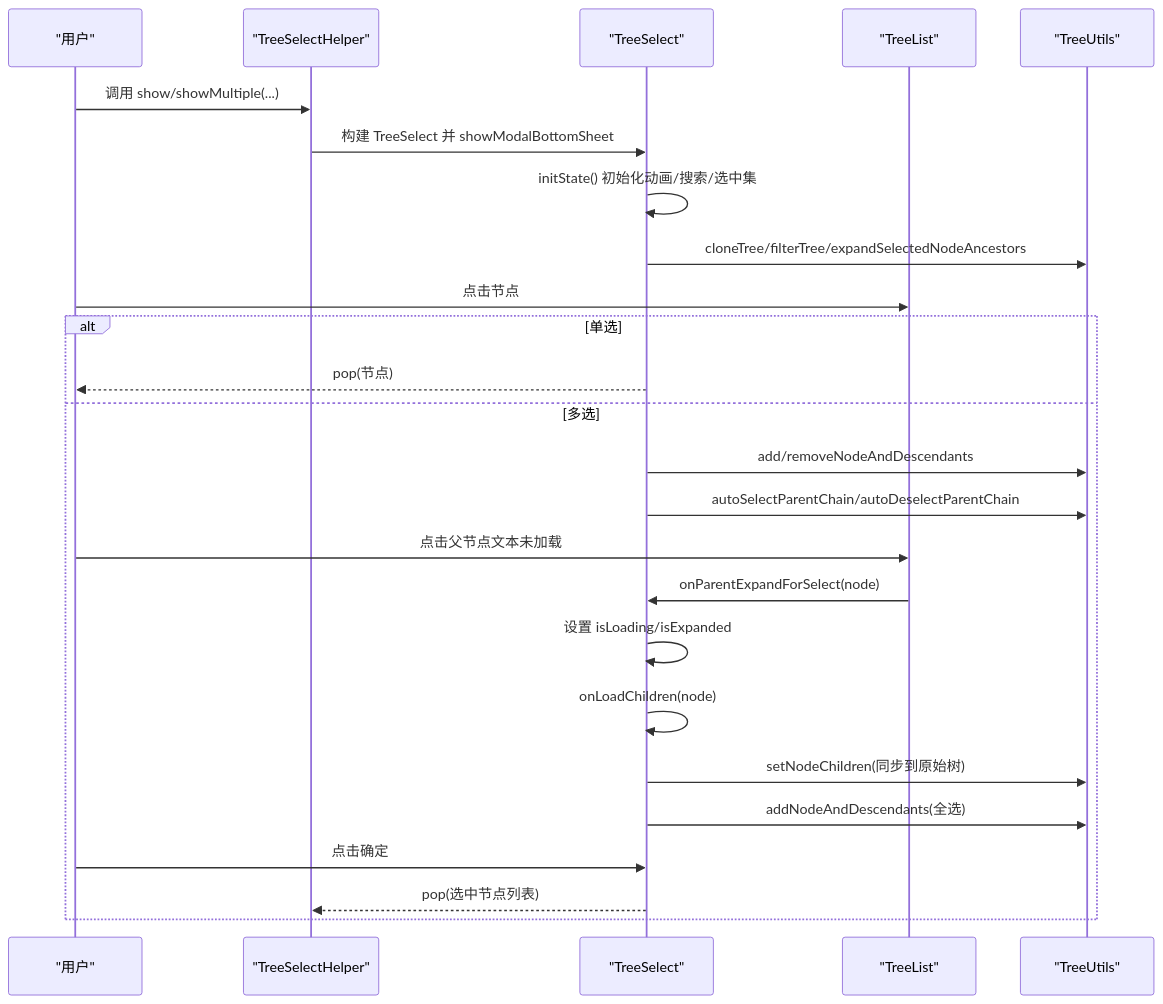
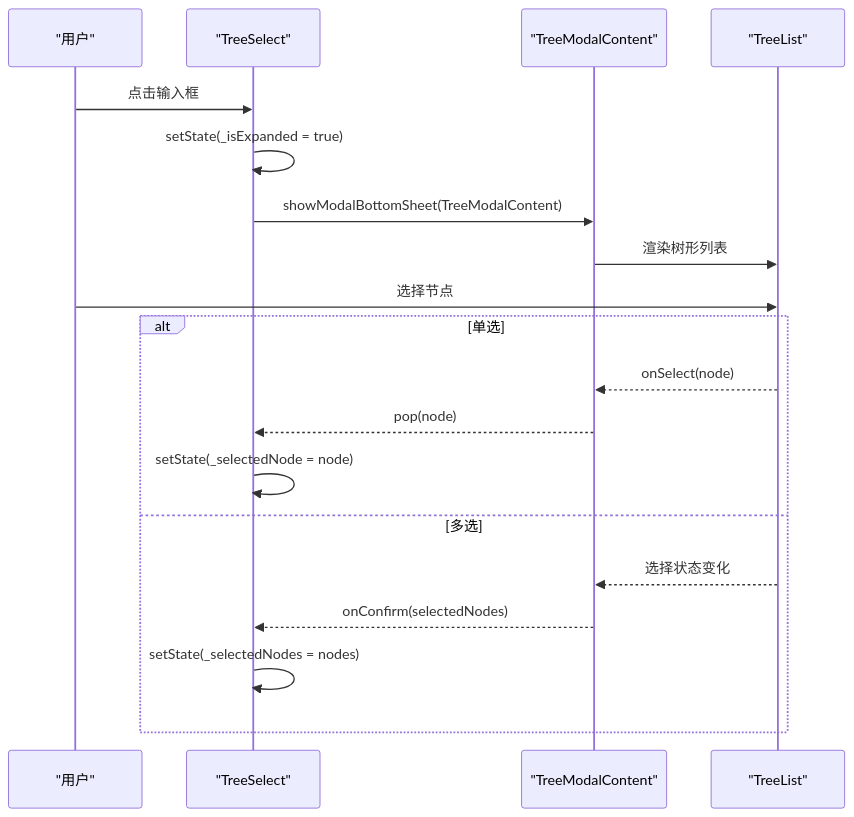
Before and after one commit to yuzhido/lite-ui: the third of 5 diagrams in .qoder/repowiki/zh/content/高级组件/树形选择器.md, drawn with Mermaid. The commit also changed other lines of this file and 22 other files, not shown here.

````diff
--- a/.qoder/repowiki/zh/content/高级组件/树形选择器.md
+++ b/.qoder/repowiki/zh/content/高级组件/树形选择器.md
@@ -207,27 +232,21 @@
 ```mermaid
 sequenceDiagram
 participant U as "用户"
-participant H as "TreeSelectHelper"
-participant S as "TreeSelect"
-participant L as "TreeList"
-participant Utl as "TreeUtils"
-U->>H : 调用 show/showMultiple(...)
-H->>S : 构建 TreeSelect 并 showModalBottomSheet
-S->>S : initState() 初始化动画/搜索/选中集
-S->>Utl : cloneTree/filterTree/expandSelectedNodeAncestors
-U->>L : 点击节点
+participant TS as "TreeSelect"
+participant TM as "TreeModalContent"
+participant TL as "TreeList"
+U->>TS : 点击输入框
+TS->>TS : setState(_isExpanded = true)
+TS->>TM : showModalBottomSheet(TreeModalContent)
+TM->>TL : 渲染树形列表
+U->>TL : 选择节点
 alt 单选
-S-->>U : pop(节点)
+TL-->>TM : onSelect(node)
+TM-->>TS : pop(node)
+TS->>TS : setState(_selectedNode = node)
 else 多选
-S->>Utl : add/removeNodeAndDescendants
-S->>Utl : autoSelectParentChain/autoDeselectParentChain
-U->>L : 点击父节点文本未加载
-L->>S : onParentExpandForSelect(node)
-S->>S : 设置 isLoading/isExpanded
-S->>S : onLoadChildren(node)
-S->>Utl : setNodeChildren(同步到原始树)
-S->>Utl : addNodeAndDescendants(全选)
-U->>S : 点击确定
-S-->>H : pop(选中节点列表)
+TL-->>TM : 选择状态变化
+TM-->>TS : onConfirm(selectedNodes)
+TS->>TS : setState(_selectedNodes = nodes)
 end
 ```
````
